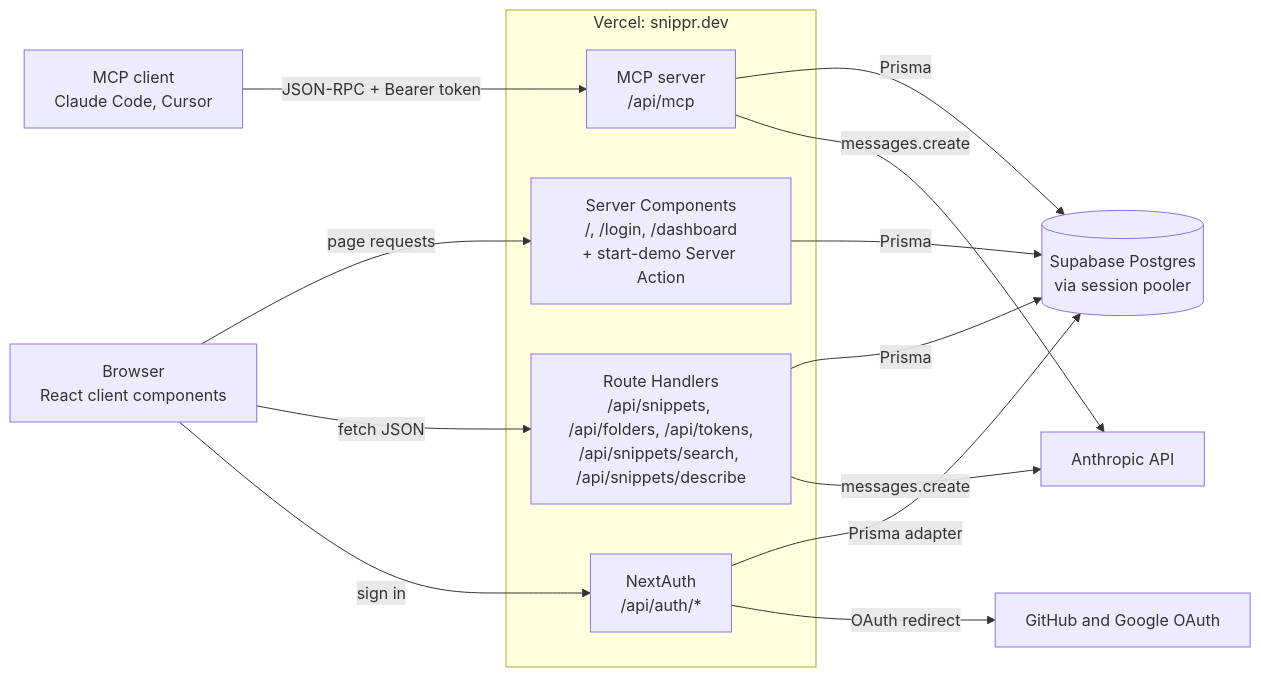
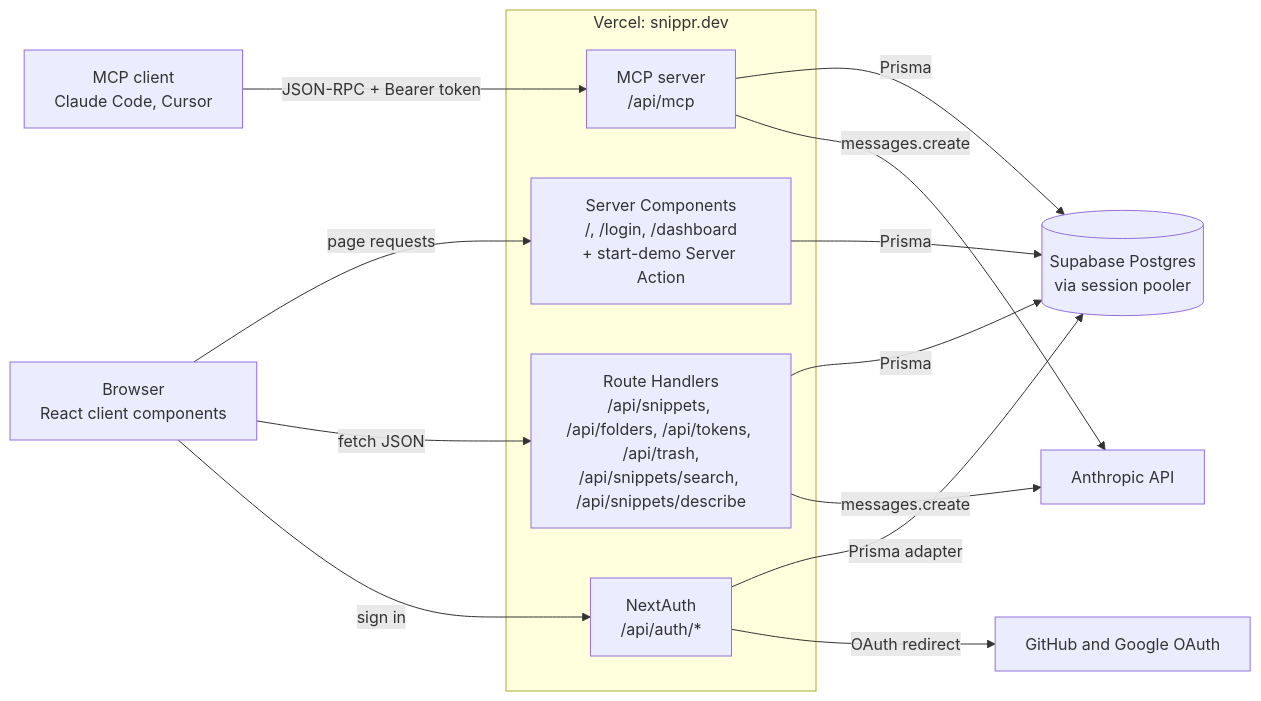
Before and after one commit to RyanDanielWalker/snippr: the first of 4 diagrams in docs/ARCHITECTURE.md, drawn with Mermaid. The commit also changed other lines of this file and 11 other files, not shown here.

````diff
--- a/docs/ARCHITECTURE.md
+++ b/docs/ARCHITECTURE.md
@@ -13,28 +13,28 @@
 ```mermaid
 flowchart LR
     Browser["Browser<br/>React client components"]
     MCPClient["MCP client<br/>Claude Code, Cursor"]
 
     subgraph Vercel["Vercel: snippr.dev"]
         Pages["Server Components<br/>/, /login, /dashboard<br/>+ start-demo Server Action"]
-        API["Route Handlers<br/>/api/snippets, /api/folders, /api/tokens,<br/>/api/snippets/search, /api/snippets/describe"]
+        API["Route Handlers<br/>/api/snippets, /api/folders, /api/tokens, /api/trash,<br/>/api/snippets/search, /api/snippets/describe"]
         MCP["MCP server<br/>/api/mcp"]
         Auth["NextAuth<br/>/api/auth/*"]
     end
 
     DB[("Supabase Postgres<br/>via session pooler")]
     Claude["Anthropic API"]
     OAuth["GitHub and Google OAuth"]
 
     Browser -- "page requests" --> Pages
     Browser -- "fetch JSON" --> API
     Browser -- "sign in" --> Auth
     MCPClient -- "JSON-RPC + Bearer token" --> MCP
     MCP -- "Prisma" --> DB
     MCP -- "messages.create" --> Claude
     Pages -- "Prisma" --> DB
     API -- "Prisma" --> DB
     API -- "messages.create" --> Claude
     Auth -- "Prisma adapter" --> DB
     Auth -- "OAuth redirect" --> OAuth
 ```
````
